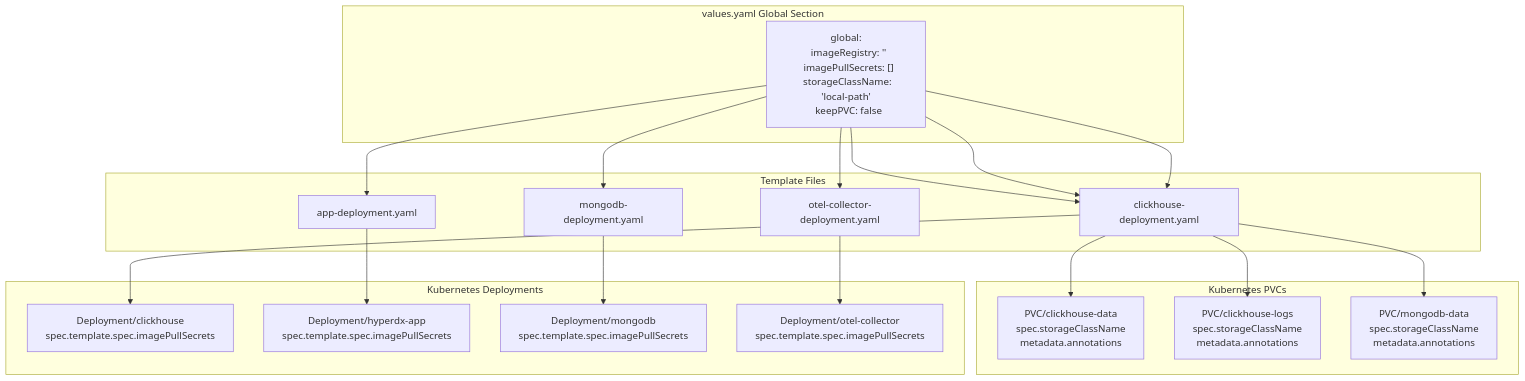
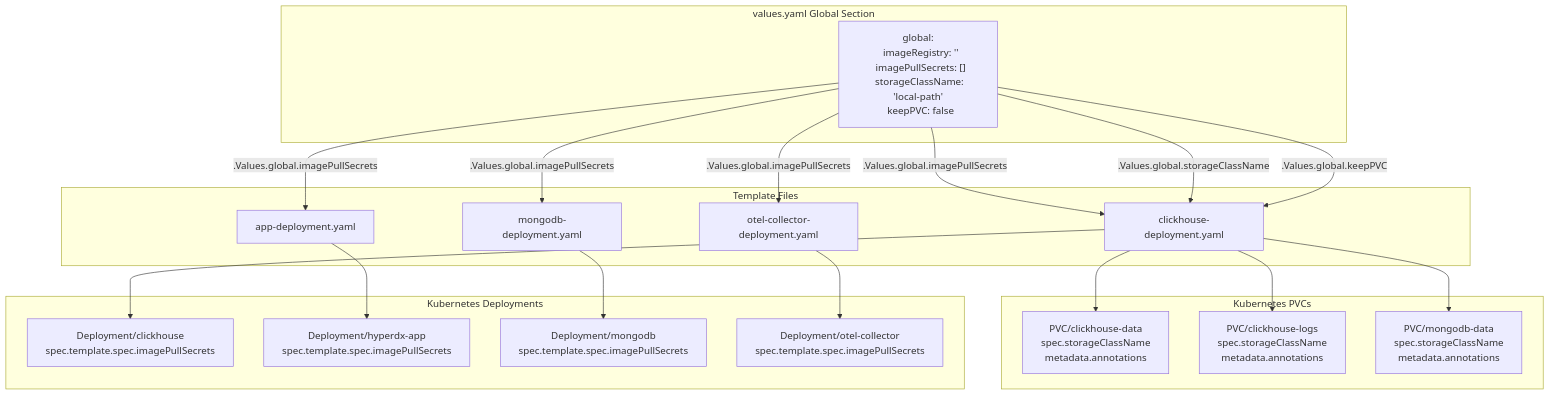
The fifth of 5 diagrams in docs/hyperdxio-helm-charts-docs/Global-Configuration.md (openchoreo/openchoreo), drawn with Mermaid before and after one commit. The commit also changed other lines of this file and 85 other files, not shown here.

Commit message:
feat: Add new workflow and specification templates, update Helm chart dependencies, and clarify documentation diagrams.

````diff
--- a/docs/hyperdxio-helm-charts-docs/Global-Configuration.md
+++ b/docs/hyperdxio-helm-charts-docs/Global-Configuration.md
@@ -377,54 +377,54 @@
 ```mermaid
 flowchart TD
 
 G1["global:<br>  imageRegistry: ''<br>  imagePullSecrets: []<br>  storageClassName: 'local-path'<br>  keepPVC: false"]
 T1["clickhouse-deployment.yaml"]
 T2["app-deployment.yaml"]
 T3["mongodb-deployment.yaml"]
 T4["otel-collector-deployment.yaml"]
 D1["Deployment/clickhouse<br>spec.template.spec.imagePullSecrets"]
 D2["Deployment/hyperdx-app<br>spec.template.spec.imagePullSecrets"]
 D3["Deployment/mongodb<br>spec.template.spec.imagePullSecrets"]
 D4["Deployment/otel-collector<br>spec.template.spec.imagePullSecrets"]
 P1["PVC/clickhouse-data<br>spec.storageClassName<br>metadata.annotations"]
 P2["PVC/clickhouse-logs<br>spec.storageClassName<br>metadata.annotations"]
 P3["PVC/mongodb-data<br>spec.storageClassName<br>metadata.annotations"]
 
-G1 --> T1
-G1 --> T2
-G1 --> T3
-G1 --> T4
-G1 --> T1
-G1 --> T1
+G1 -->|".Values.global.imagePullSecrets"| T1
+G1 -->|".Values.global.imagePullSecrets"| T2
+G1 -->|".Values.global.imagePullSecrets"| T3
+G1 -->|".Values.global.imagePullSecrets"| T4
+G1 -->|".Values.global.storageClassName"| T1
+G1 -->|".Values.global.keepPVC"| T1
 T1 --> D1
 T2 --> D2
 T3 --> D3
 T4 --> D4
 T1 --> P1
 T1 --> P2
 T1 --> P3
 
 subgraph subGraph3 ["Kubernetes PVCs"]
     P1
     P2
     P3
 end
 
 subgraph subGraph2 ["Kubernetes Deployments"]
     D1
     D2
     D3
     D4
 end
 
 subgraph subGraph1 ["Template Files"]
     T1
     T2
     T3
     T4
 end
 
 subgraph subGraph0 ["values.yaml Global Section"]
     G1
 end
 ```
````
